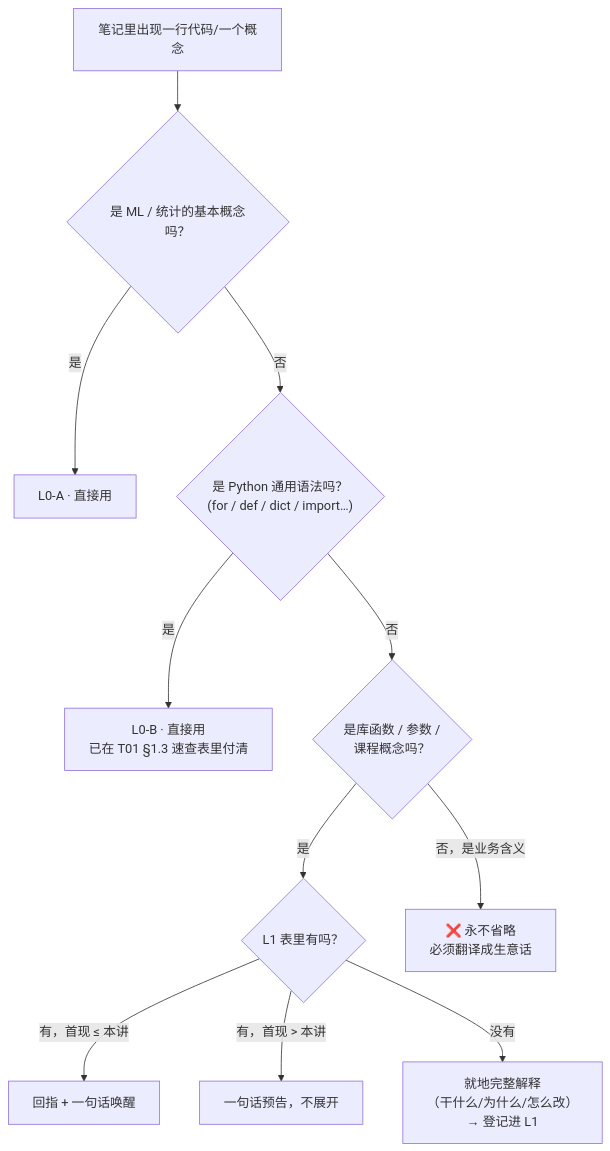
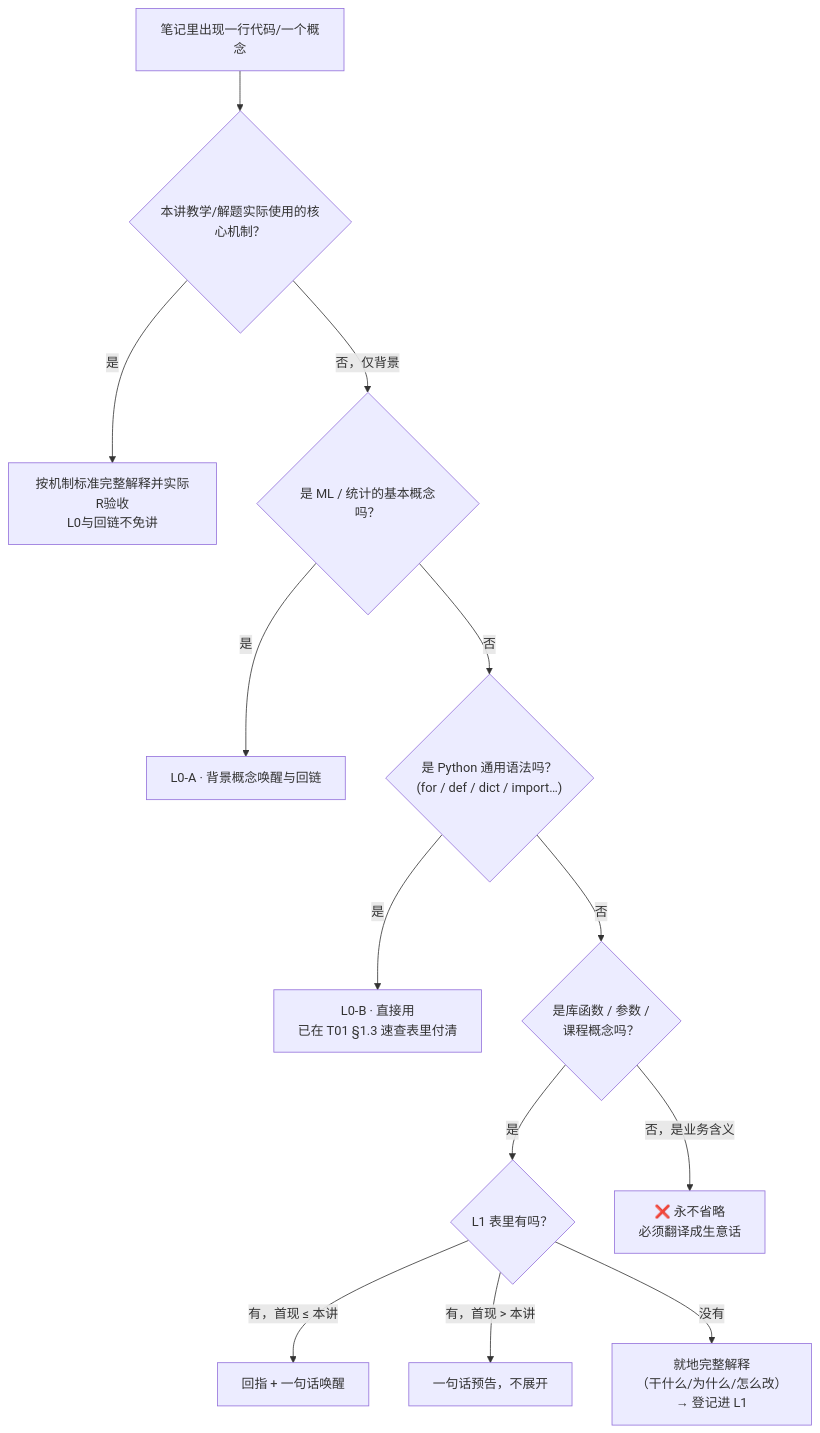
One commit to CercaTrovato/cityu-ai-course-notes changed the diagram in IS6400_Business_Data_Analytics/_meta/知识层级台账.md. Above: the diagram before and after it, drawn with Mermaid. The commit also changed other lines of this file and 116 other files, not shown here.

````diff
--- a/IS6400_Business_Data_Analytics/_meta/知识层级台账.md
+++ b/IS6400_Business_Data_Analytics/_meta/知识层级台账.md
@@ -72,13 +72,15 @@
 ```mermaid
 flowchart TD
-    Q["笔记里出现一行代码/一个概念"] --> A{"是 ML / 统计的基本概念吗？"}
-    A -->|是| L0A["L0-A · 直接用"]
+    Q["笔记里出现一行代码/一个概念"] --> CORE{"本讲教学/解题实际使用的核心机制？"}
+    CORE -->|是| FULL["按机制标准完整解释并实际R验收<br/>L0与回链不免讲"]
+    CORE -->|否，仅背景| A{"是 ML / 统计的基本概念吗？"}
+    A -->|是| L0A["L0-A · 背景概念唤醒与回链"]
     A -->|否| B{"是 Python 通用语法吗？<br/>(for / def / dict / import…)"}
     B -->|是| L0B["L0-B · 直接用<br/>已在 T01 §1.3 速查表里付清"]
     B -->|否| C{"是库函数 / 参数 /<br/>课程概念吗？"}
     C -->|是| D{"L1 表里有吗？"}
     D -->|有，首现 ≤ 本讲| E["回指 + 一句话唤醒"]
     D -->|有，首现 > 本讲| F["一句话预告，不展开"]
     D -->|没有| G["就地完整解释<br/>（干什么/为什么/怎么改）<br/>→ 登记进 L1"]
     C -->|否，是业务含义| H["❌ 永不省略<br/>必须翻译成生意话"]
 ```
````
